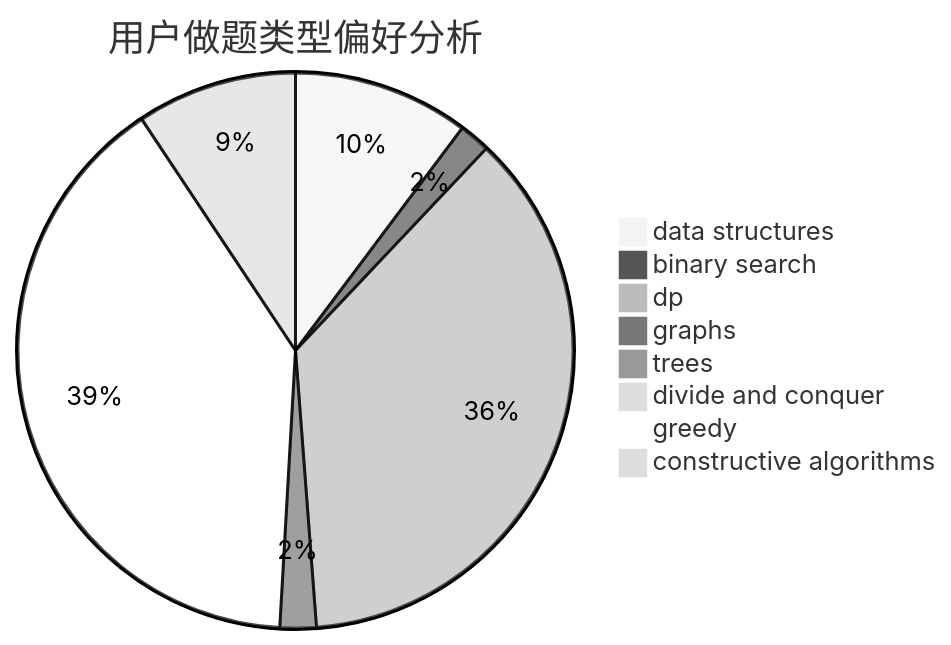
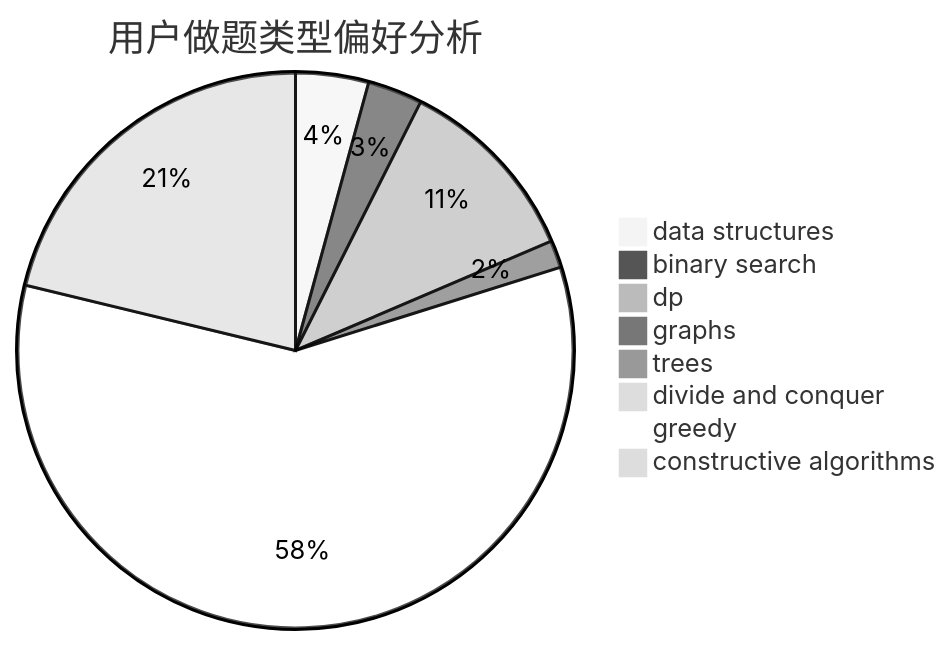
One commit to sherpahu/cfrs.github.io changed the second of 3 diagrams in docs/user/u2331.md. Above: the diagram before and after it, drawn with Mermaid (neutral theme). The commit also changed other lines of this file and 2770 other files, not shown here.

````diff
--- a/docs/user/u2331.md
+++ b/docs/user/u2331.md
@@ -23,11 +23,11 @@
 ```mermaid
 pie title 用户做题类型偏好分析
-    "data structures" :  34
-    "binary search" :  6
-    "dp" :  122
-    "graphs" :  7
+    "data structures" :  16
+    "binary search" :  12
+    "dp" :  42
+    "graphs" :  6
     "trees" :  1
-    "divide and conquer" :  3
-    "greedy" :  132
-    "constructive algorithms" :  31
+    "divide and conquer" :  1
+    "greedy" :  221
+    "constructive algorithms" :  80
 ```
````
